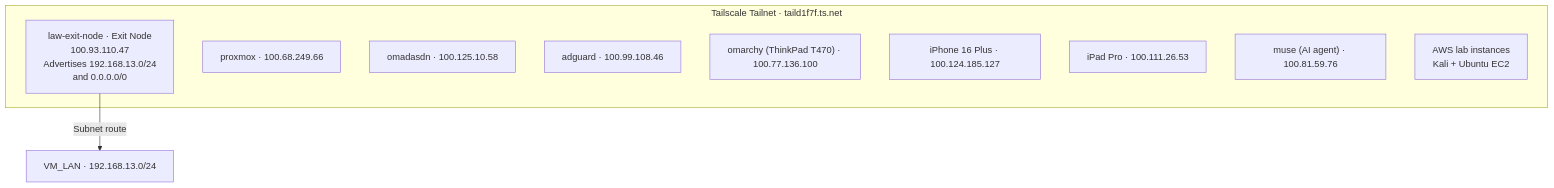
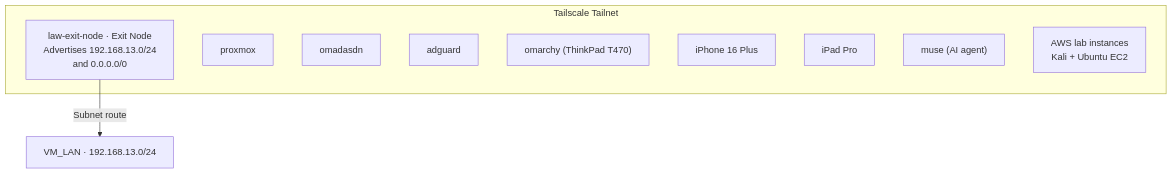
One commit to laroper/homelab changed the third of 3 diagrams in README.md. Above: the diagram before and after it, drawn with Mermaid. The commit also changed other lines of this file, not shown here.

````diff
--- a/README.md
+++ b/README.md
@@ -66,15 +66,15 @@
 ```mermaid
 flowchart TB
-    subgraph Tailnet["Tailscale Tailnet · taild1f7f.ts.net"]
-        Exit["law-exit-node · Exit Node<br/>100.93.110.47<br/>Advertises 192.168.13.0/24<br/>and 0.0.0.0/0"]
-        ProxmoxTS["proxmox · 100.68.249.66"]
-        OmadaTS["omadasdn · 100.125.10.58"]
-        AdGuardTS["adguard · 100.99.108.46"]
-        Laptop["omarchy (ThinkPad T470) · 100.77.136.100"]
-        Phone["iPhone 16 Plus · 100.124.185.127"]
-        iPad["iPad Pro · 100.111.26.53"]
-        Muse["muse (AI agent) · 100.81.59.76"]
+    subgraph Tailnet["Tailscale Tailnet"]
+        Exit["law-exit-node · Exit Node<br/>Advertises 192.168.13.0/24<br/>and 0.0.0.0/0"]
+        ProxmoxTS["proxmox"]
+        OmadaTS["omadasdn"]
+        AdGuardTS["adguard"]
+        Laptop["omarchy (ThinkPad T470)"]
+        Phone["iPhone 16 Plus"]
+        iPad["iPad Pro"]
+        Muse["muse (AI agent)"]
         AWS["AWS lab instances<br/>Kali + Ubuntu EC2"]
     end
     Exit -->|"Subnet route"| VM_LAN["VM_LAN · 192.168.13.0/24"]
 ```
````
